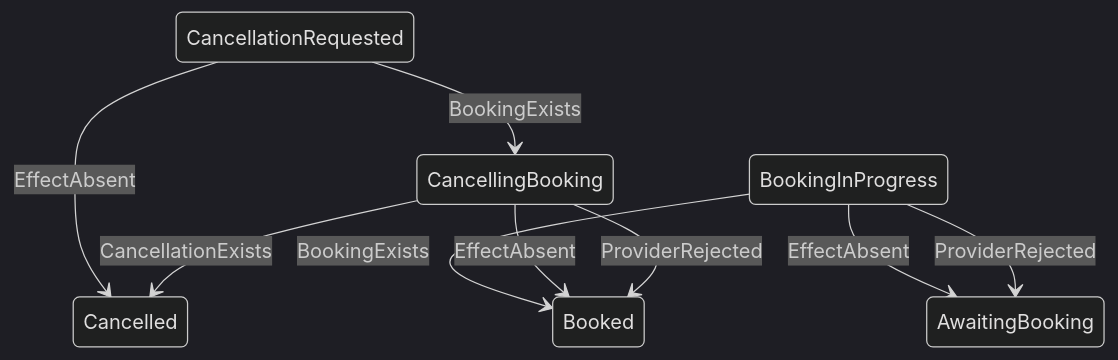
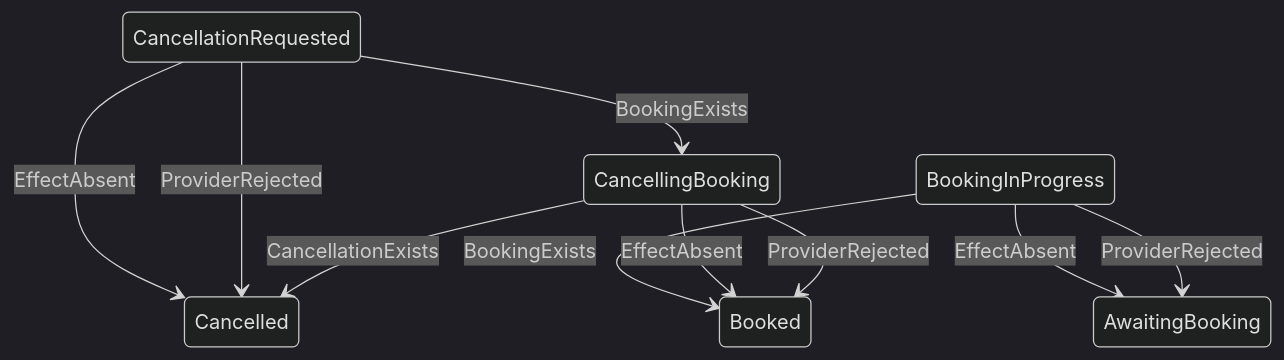
One commit to saibaneer/bld-townhall changed the second of 3 diagrams in docs/state-machine.md. Above: the diagram before and after it, drawn with Mermaid (dark theme). The commit also changed other lines of this file and 1 other file, not shown here.

First line of the commit message:
docs: add the missing CancellationRequested + ProviderRejected edge, and a completeness matrix so this stops recurring

````diff
--- a/docs/state-machine.md
+++ b/docs/state-machine.md
@@ -47,13 +47,14 @@
 ```mermaid
 stateDiagram-v2
     BookingInProgress --> Booked: BookingExists
     BookingInProgress --> AwaitingBooking: EffectAbsent
     BookingInProgress --> AwaitingBooking: ProviderRejected
 
     CancellationRequested --> CancellingBooking: BookingExists
     CancellationRequested --> Cancelled: EffectAbsent
+    CancellationRequested --> Cancelled: ProviderRejected
 
     CancellingBooking --> Cancelled: CancellationExists
     CancellingBooking --> Booked: EffectAbsent
     CancellingBooking --> Booked: ProviderRejected
 ```
````
